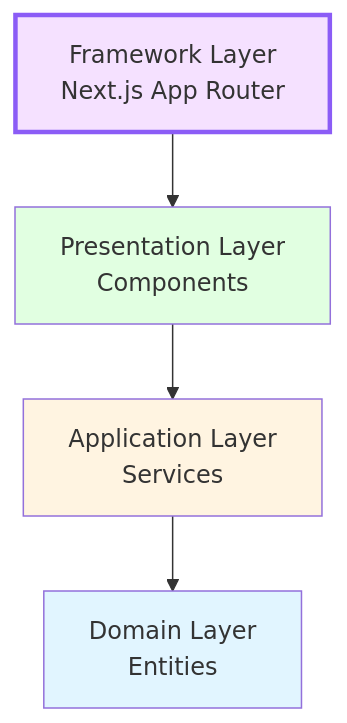
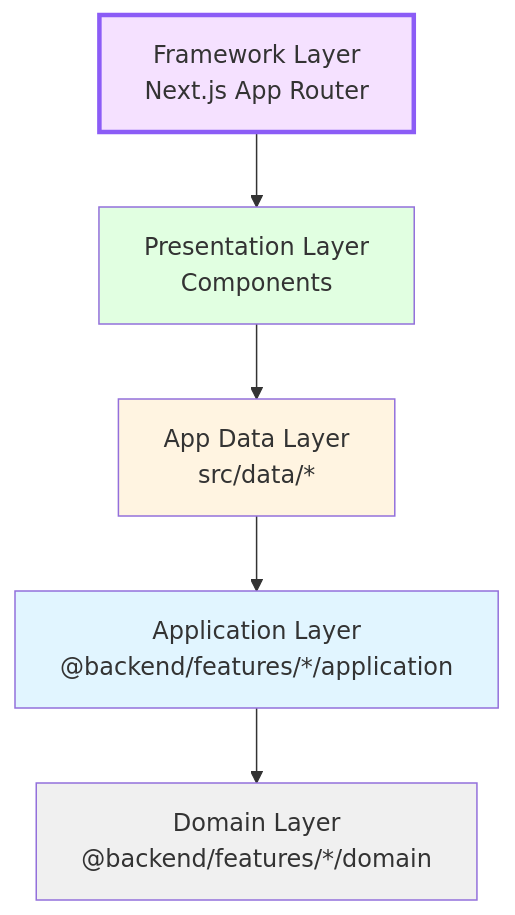
The diagram in packages/storefront/src/app/README.md (3mrhussein/findeg), drawn with Mermaid before and after one commit. The commit also changed other lines of this file and 236 other files, not shown here.

Commit message:
refactor: implement comprehensive architectural updates across catalog, identity, and storefront modules with new data query layers and notification system enhancements.

````diff
--- a/packages/storefront/src/app/README.md
+++ b/packages/storefront/src/app/README.md
@@ -9,11 +9,13 @@
 ```mermaid
 graph TD
     A[Framework Layer<br/>Next.js App Router] --> B[Presentation Layer<br/>Components]
-    B --> C[Application Layer<br/>Services]
-    C --> D[Domain Layer<br/>Entities]
+    B --> C[App Data Layer<br/>src/data/*]
+    C --> D[Application Layer<br/>@backend/features/*/application]
+    D --> E[Domain Layer<br/>@backend/features/*/domain]
 
     style A fill:#f5e1ff,stroke:#8b5cf6,stroke-width:3px
     style B fill:#e1ffe1
     style C fill:#fff4e1
     style D fill:#e1f5ff
+    style E fill:#f0f0f0
 ```
````
